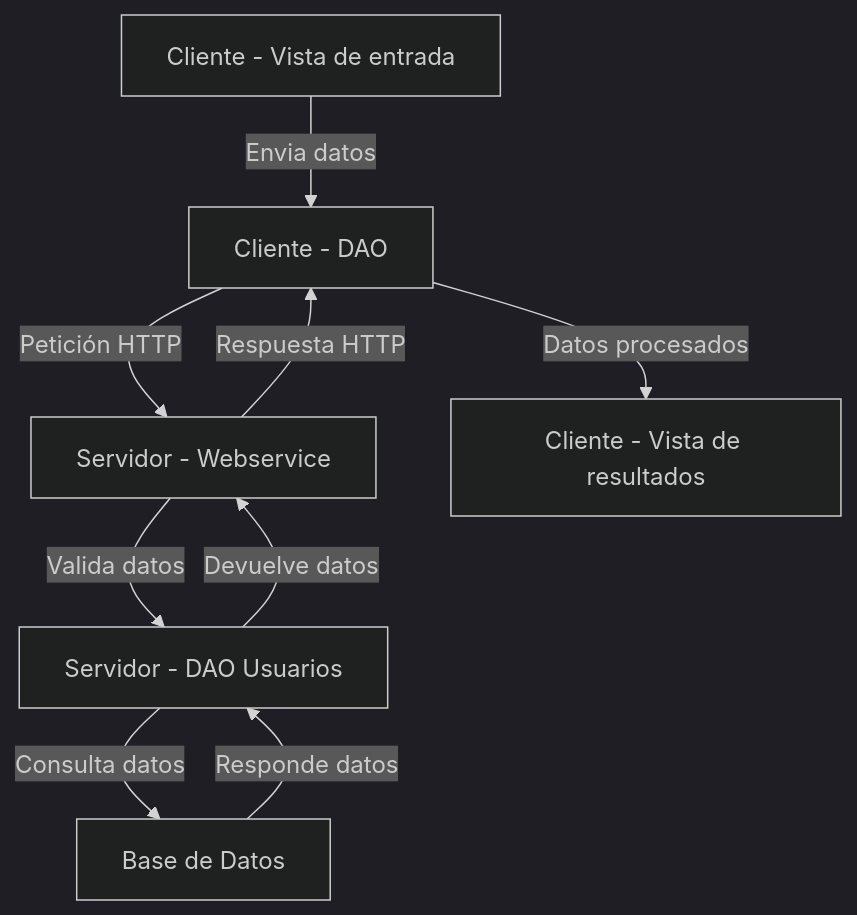
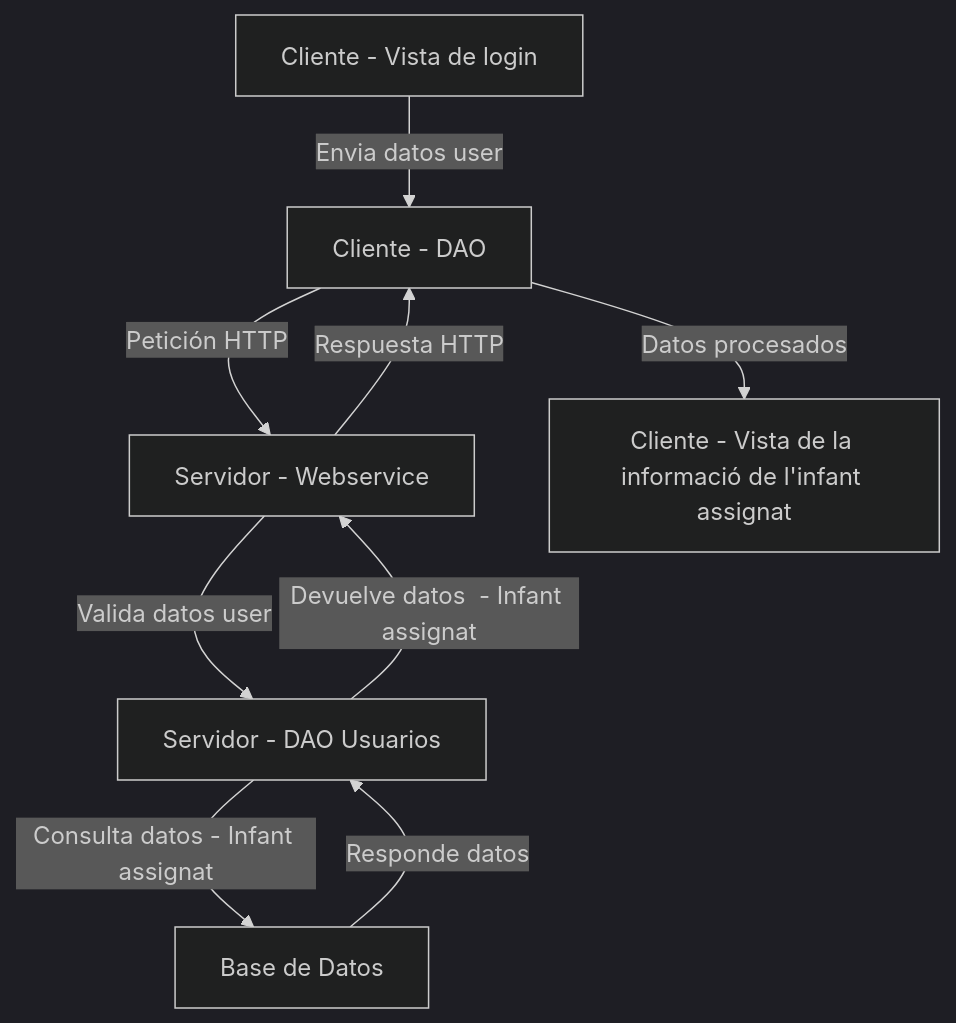
One commit to lauragrr1/tapatapp changed the diagram in Prototip 1/diagramaFluxe.mmd. Above: the diagram before and after it, drawn with Mermaid (dark theme).

```diff
--- a/Prototip 1/diagramaFluxe.mmd
+++ b/Prototip 1/diagramaFluxe.mmd
@@ -1,9 +1,9 @@
 flowchart TD
-    A[Cliente - Vista de entrada] -->|Envia datos| B[Cliente - DAO]
+    A[Cliente - Vista de login] -->|Envia datos user| B[Cliente - DAO]
     B -->|Petición HTTP| C[Servidor - Webservice]
-    C -->|Valida datos| D[Servidor - DAO Usuarios]
-    D -->|Consulta datos| E[Base de Datos]
+    C -->|Valida datos user| D[Servidor - DAO Usuarios]
+    D -->|Consulta datos - Infant assignat| E[Base de Datos]
     E -->|Responde datos| D
-    D -->|Devuelve datos| C
+    D -->|Devuelve datos  - Infant assignat| C
     C -->|Respuesta HTTP| B
-    B -->|Datos procesados| F[Cliente - Vista de resultados]
+    B -->|Datos procesados| F[Cliente - Vista de la informació de l'infant assignat]
```
